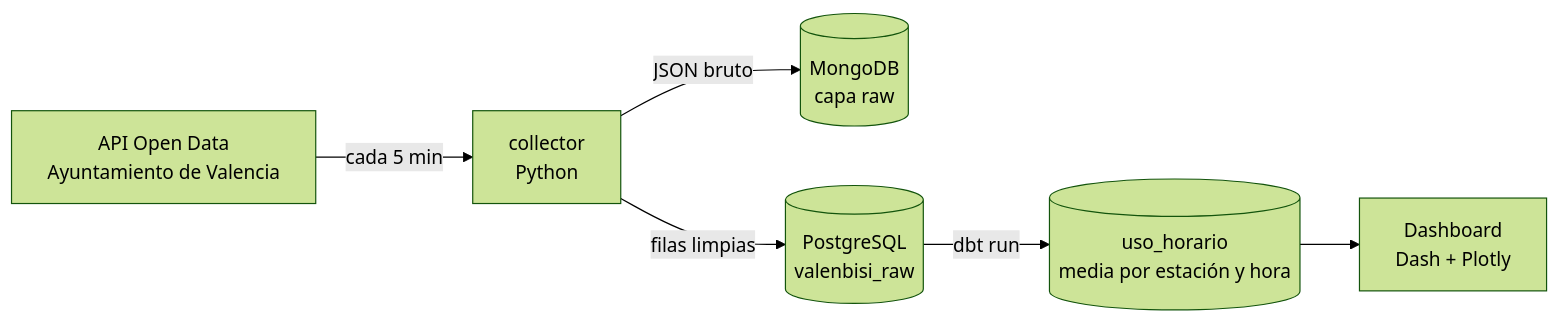
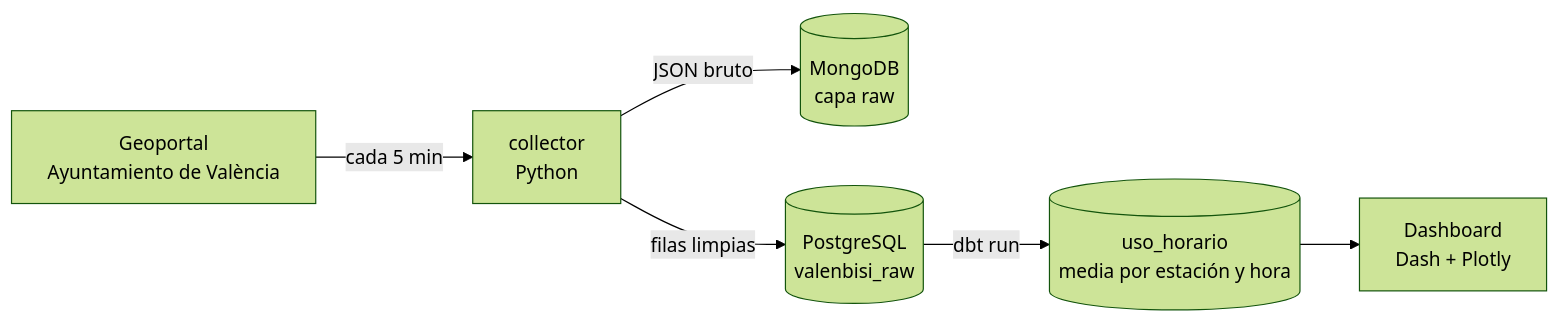
One commit to RicardoEdreiraPenas/valenbisi-data-pipeline changed the diagram in README.md. Above: the diagram before and after it, drawn with Mermaid (forest theme). The commit also changed other lines of this file and 1 other file, not shown here.

````diff
--- a/README.md
+++ b/README.md
@@ -18,8 +20,8 @@
 ```mermaid
 flowchart LR
-    API[API Open Data<br/>Ayuntamiento de Valencia] -->|cada 5 min| C[collector<br/>Python]
+    API[Geoportal<br/>Ayuntamiento de València] -->|cada 5 min| C[collector<br/>Python]
     C -->|JSON bruto| M[(MongoDB<br/>capa raw)]
     C -->|filas limpias| P[(PostgreSQL<br/>valenbisi_raw)]
     P -->|dbt run| T[(uso_horario<br/>media por estación y hora)]
     T --> D[Dashboard<br/>Dash + Plotly]
 ```
````
